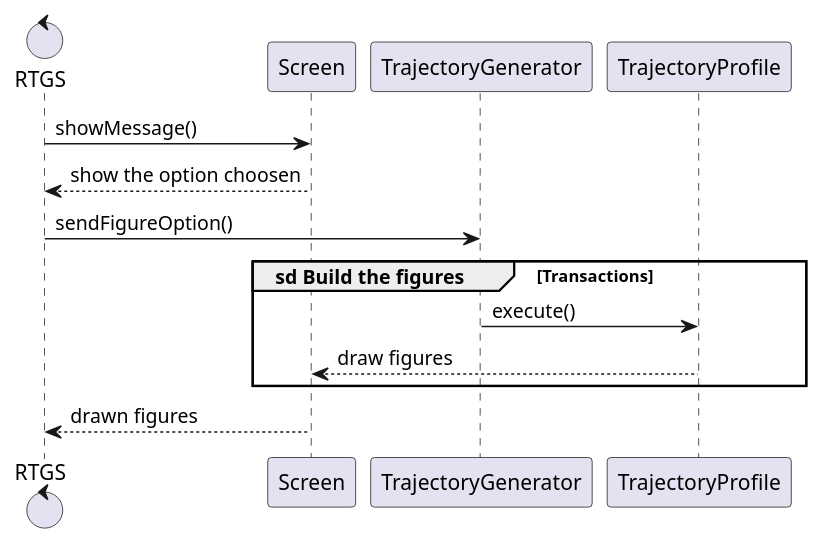
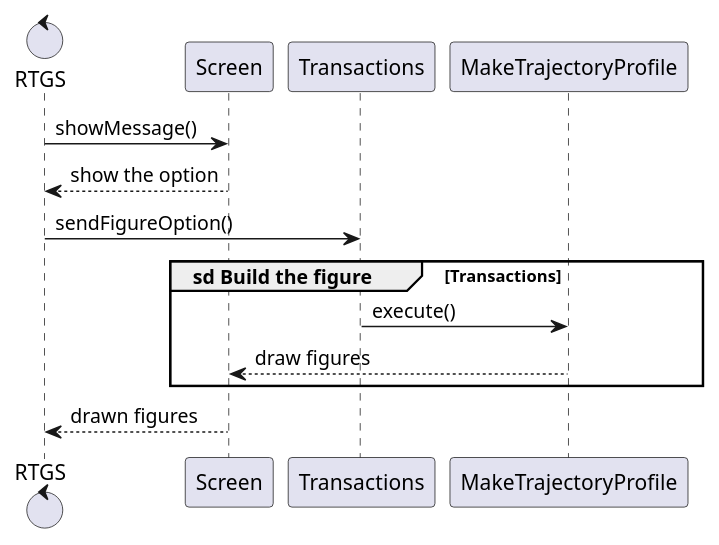
Before and after one commit to MarcioFreitasUFSC21/RTGS-Master-Course-System: the diagram in SequenceDiagramPart1.plantuml, drawn with PlantUML. The commit also changed 8 other files, not shown here.

```diff
--- a/SequenceDiagramPart1.plantuml
+++ b/SequenceDiagramPart1.plantuml
@@ -2,11 +2,11 @@
 @startuml
 control RTGS as Foo3
 Foo3 -> Screen: showMessage()
-Screen --> Foo3: show the option choosen
-Foo3 -> TrajectoryGenerator: sendFigureOption()
-group sd Build the figures [Transactions]
-    TrajectoryGenerator -> TrajectoryProfile:execute()
-    TrajectoryProfile -->Screen: draw figures
+Screen --> Foo3: show the option 
+Foo3 -> Transactions: sendFigureOption()
+group sd Build the figure [Transactions]
+    Transactions -> MakeTrajectoryProfile:execute()
+    MakeTrajectoryProfile -->Screen: draw figures
 end
 Screen --> Foo3: drawn figures
 @enduml
```
